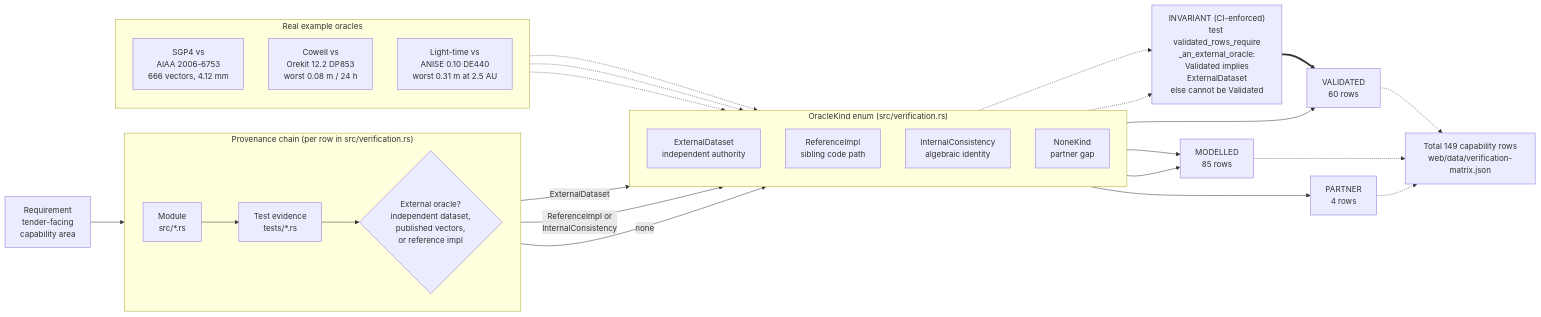
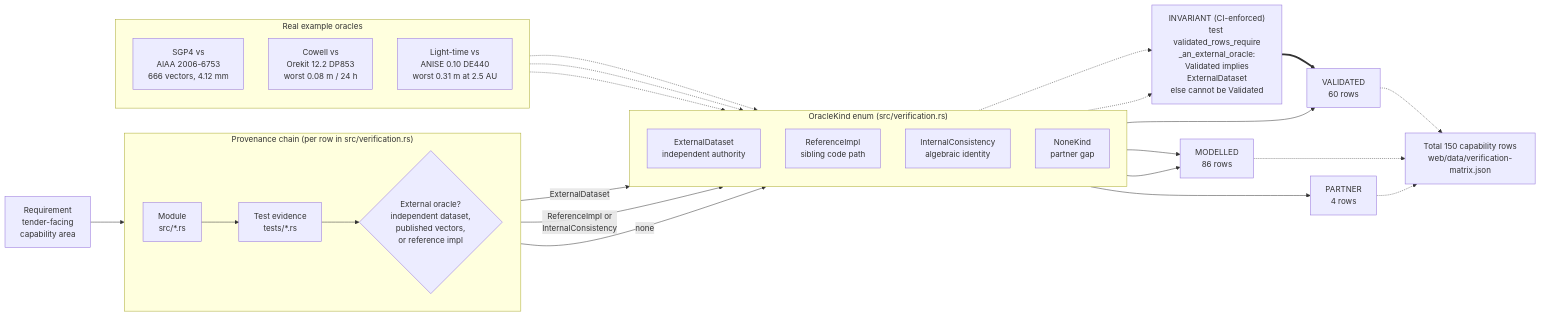
Before and after one commit to ashfordeOU/kshana: the diagram in docs/diagrams/validation-provenance.mmd, drawn with Mermaid. The commit also changed 33 other files, not shown here.

```diff
--- a/docs/diagrams/validation-provenance.mmd
+++ b/docs/diagrams/validation-provenance.mmd
@@ -1,49 +1,49 @@
 flowchart LR
     REQ["Requirement<br/>tender-facing<br/>capability area"]
 
     subgraph CHAIN["Provenance chain (per row in src/verification.rs)"]
         direction LR
         MOD["Module<br/>src/*.rs"]
         TST["Test evidence<br/>tests/*.rs"]
         ORA{"External oracle?<br/>independent dataset,<br/>published vectors,<br/>or reference impl"}
     end
 
     REQ --> MOD --> TST --> ORA
 
     subgraph KINDS["OracleKind enum (src/verification.rs)"]
         direction TD
         EXT["ExternalDataset<br/>independent authority"]
         REF["ReferenceImpl<br/>sibling code path"]
         INT["InternalConsistency<br/>algebraic identity"]
         NON["NoneKind<br/>partner gap"]
     end
 
     ORA -->|ExternalDataset| EXT
     ORA -->|"ReferenceImpl or<br/>InternalConsistency"| INT
     ORA -->|none| NON
 
     GUARD["INVARIANT (CI-enforced)<br/>test validated_rows_require<br/>_an_external_oracle:<br/>Validated implies<br/>ExternalDataset<br/>else cannot be Validated"]
     EXT -.-> GUARD
     INT -.-> GUARD
 
     EXT --> VAL["VALIDATED<br/>60 rows"]
-    REF --> MDL["MODELLED<br/>85 rows"]
+    REF --> MDL["MODELLED<br/>86 rows"]
     INT --> MDL
     NON --> PRT["PARTNER<br/>4 rows"]
     GUARD ==> VAL
 
     subgraph EX["Real example oracles"]
         direction TD
         E1["SGP4 vs<br/>AIAA 2006-6753<br/>666 vectors, 4.12 mm"]
         E2["Cowell vs<br/>Orekit 12.2 DP853<br/>worst 0.08 m / 24 h"]
         E3["Light-time vs<br/>ANISE 0.10 DE440<br/>worst 0.31 m at 2.5 AU"]
     end
 
     E1 -.-> EXT
     E2 -.-> EXT
     E3 -.-> EXT
 
-    TOTAL["Total 149 capability rows<br/>web/data/verification-matrix.json"]
+    TOTAL["Total 150 capability rows<br/>web/data/verification-matrix.json"]
     VAL -.-> TOTAL
     MDL -.-> TOTAL
     PRT -.-> TOTAL
```
